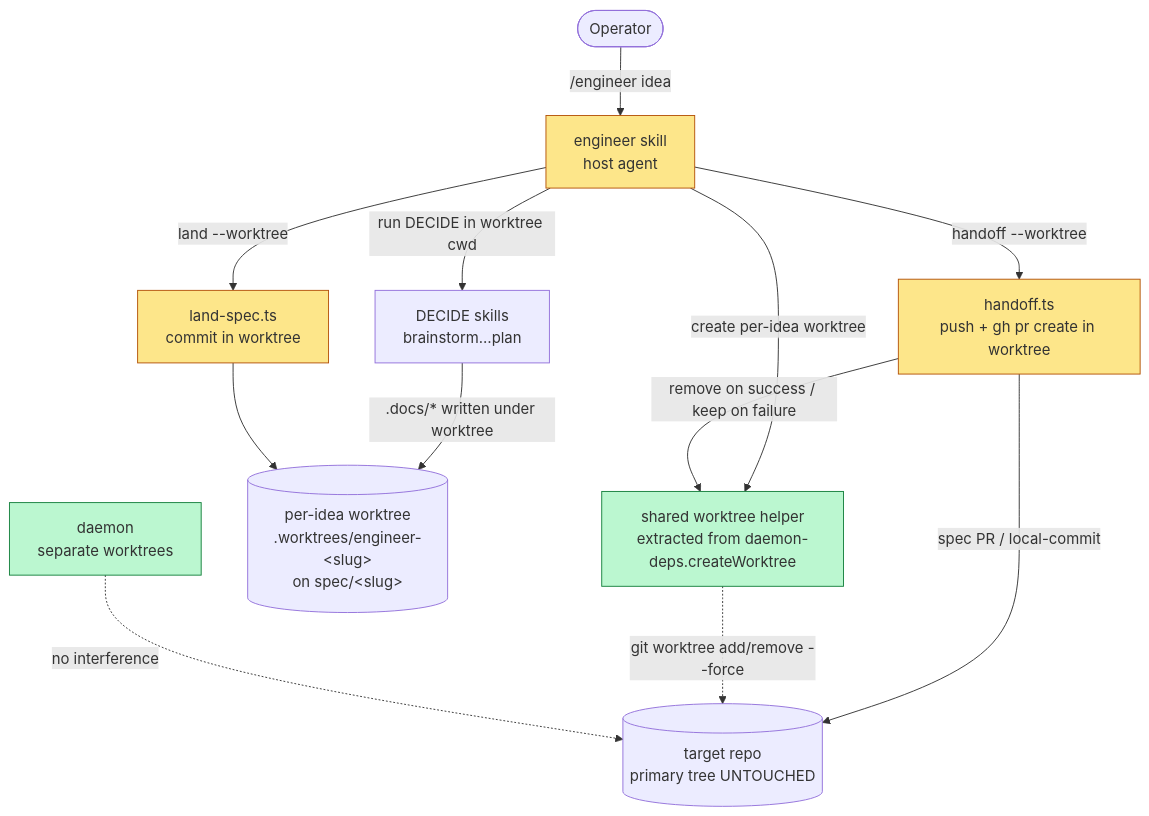
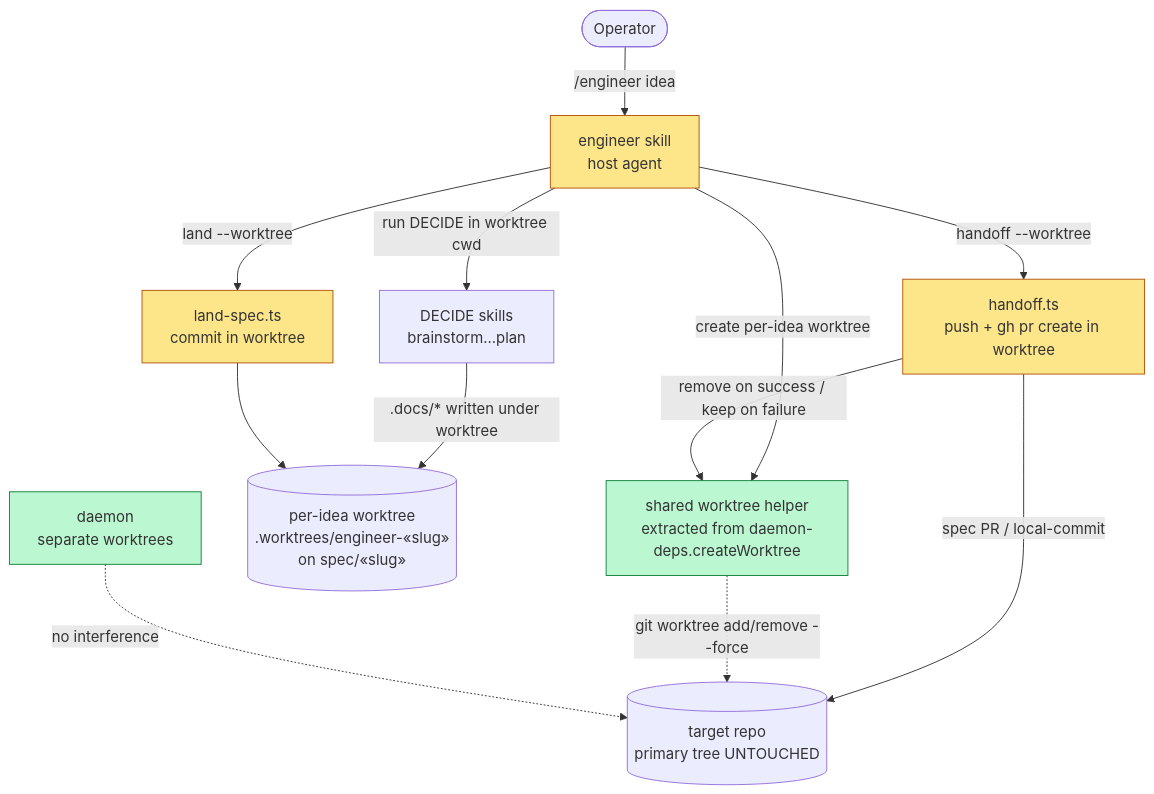
The first of 2 diagrams in .docs/architecture/2026-06-30-engineer-worktree-isolation.md (jstoup111/ai-conductor), drawn with Mermaid before and after one commit. The commit also changed other lines of this file, not shown here.

First line of the commit message:
fix(spec): repair mermaid sequence diagram in engineer-worktree-isolation arch doc

````diff
--- a/.docs/architecture/2026-06-30-engineer-worktree-isolation.md
+++ b/.docs/architecture/2026-06-30-engineer-worktree-isolation.md
@@ -10,19 +10,19 @@
 ```mermaid
 flowchart TD
   OP([Operator]) -->|/engineer idea| SK[engineer skill<br/>host agent]
   SK -->|"create per-idea worktree"| WT[shared worktree helper<br/>extracted from daemon-deps.createWorktree]
   SK -->|"run DECIDE in worktree cwd"| DEC[DECIDE skills<br/>brainstorm…plan]
-  DEC -->|".docs/* written under worktree"| WTREE[(per-idea worktree<br/>.worktrees/engineer-&lt;slug&gt;<br/>on spec/&lt;slug&gt;)]
+  DEC -->|".docs/* written under worktree"| WTREE[(per-idea worktree<br/>.worktrees/engineer-«slug»<br/>on spec/«slug»)]
   SK -->|"land --worktree"| LAND[land-spec.ts<br/>commit in worktree]
   LAND --> WTREE
   SK -->|"handoff --worktree"| HO[handoff.ts<br/>push + gh pr create in worktree]
   HO -->|spec PR / local-commit| TGT[(target repo<br/>primary tree UNTOUCHED)]
   HO -->|"remove on success / keep on failure"| WT
   WT -. "git worktree add/remove --force" .-> TGT
   DMN[daemon<br/>separate worktrees] -. no interference .-> TGT
 
   classDef changed fill:#fde68a,stroke:#b45309;
   classDef reused fill:#bbf7d0,stroke:#15803d;
   class SK,LAND,HO changed
   class WT,DMN reused
 ```
````
